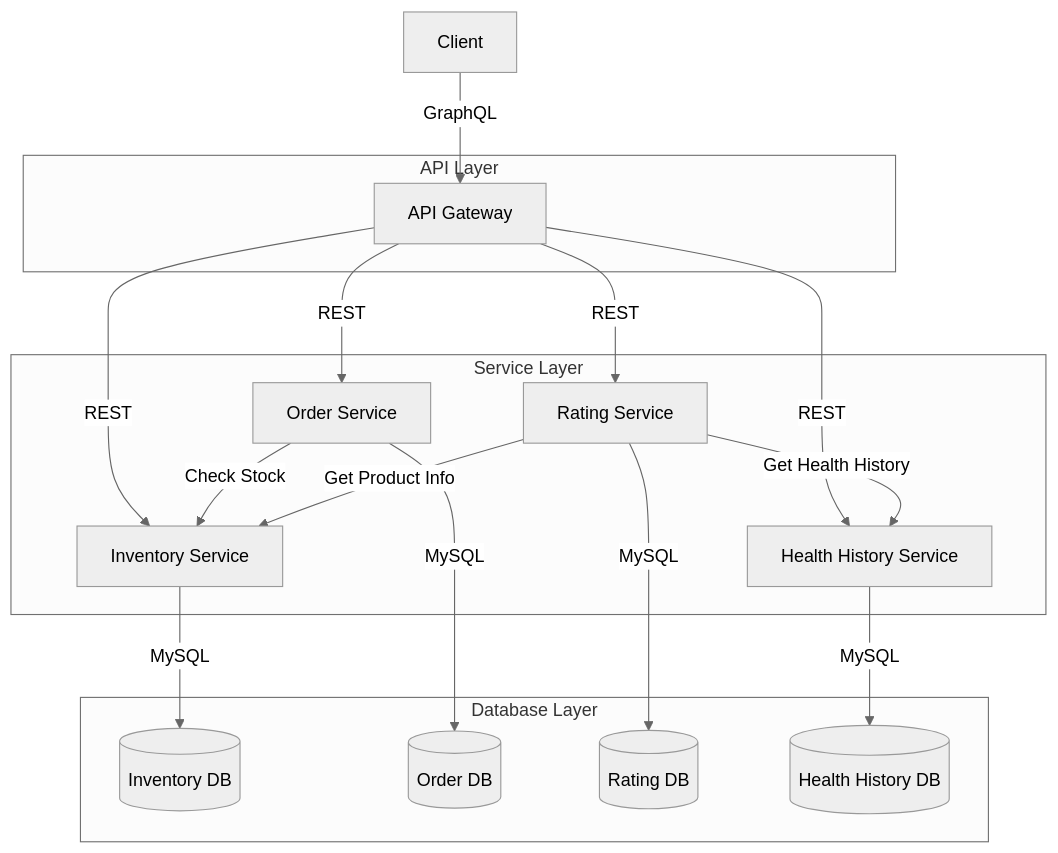
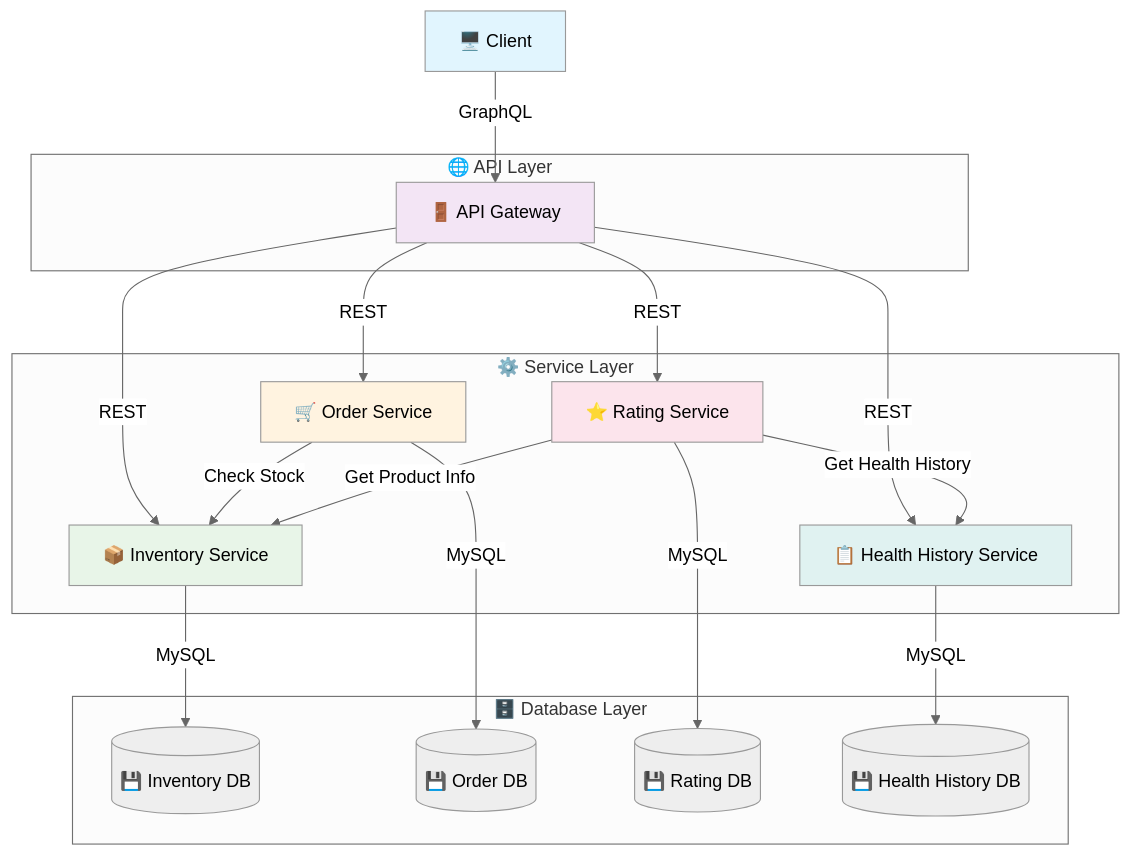
One commit to AgaHibatulloh/ePharma_KELOMPOK4 changed the first of 2 diagrams in README.md. Above: the diagram before and after it, drawn with Mermaid (neutral theme). The commit also changed other lines of this file, not shown here.

````diff
--- a/README.md
+++ b/README.md
@@ -9,35 +51,42 @@
 ```mermaid
 graph TD
-    Client[Client] --> |GraphQL| API[API Gateway]
-    API --> |REST| IS[Inventory Service]
-    API --> |REST| OS[Order Service]
-    API --> |REST| RS[Rating Service]
-    API --> |REST| HHS[Health History Service]
+    Client[🖥️ Client] --> |GraphQL| API[🚪 API Gateway]
+    API --> |REST| IS[📦 Inventory Service]
+    API --> |REST| OS[🛒 Order Service]
+    API --> |REST| RS[⭐ Rating Service]
+    API --> |REST| HHS[📋 Health History Service]
     
-    IS --> |MySQL| IDB[(Inventory DB)]
-    OS --> |MySQL| ODB[(Order DB)]
-    RS --> |MySQL| RDB[(Rating DB)]
-    HHS --> |MySQL| HHDB[(Health History DB)]
+    IS --> |MySQL| IDB[(💾 Inventory DB)]
+    OS --> |MySQL| ODB[(💾 Order DB)]
+    RS --> |MySQL| RDB[(💾 Rating DB)]
+    HHS --> |MySQL| HHDB[(💾 Health History DB)]
     
     OS --> |Check Stock| IS
     RS --> |Get Product Info| IS
     RS --> |Get Health History| HHS
     
-    subgraph "Database Layer"
+    subgraph "🗄️ Database Layer"
         IDB
         ODB
         RDB
         HHDB
     end
     
-    subgraph "Service Layer"
+    subgraph "⚙️ Service Layer"
         IS
         OS
         RS
         HHS
     end
     
-    subgraph "API Layer"
+    subgraph "🌐 API Layer"
         API
     end
+    
+    style Client fill:#e1f5fe
+    style API fill:#f3e5f5
+    style IS fill:#e8f5e8
+    style OS fill:#fff3e0
+    style RS fill:#fce4ec
+    style HHS fill:#e0f2f1
 ```
````
